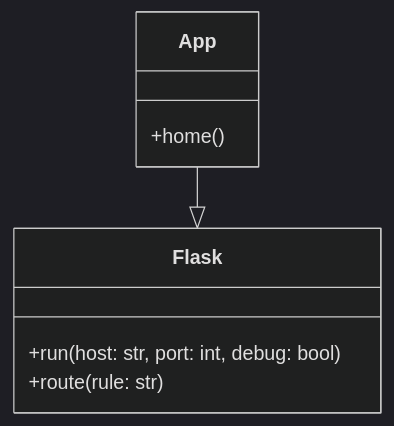
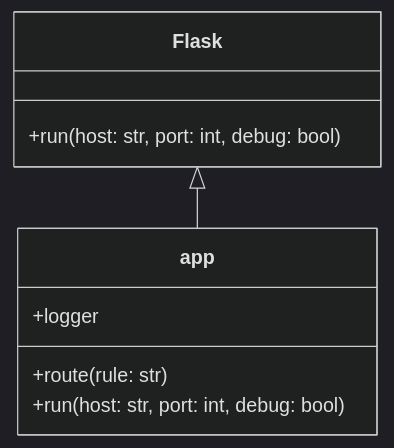
Before and after one commit to ashwanth01-pixel/flaskapp: the second of 3 diagrams in DESIGN.md, drawn with Mermaid (dark theme). The commit also changed other lines of this file and 2 other files, not shown here.

Commit message:
Automated: Add repo analysis, fixes, UML, and design diagram

````diff
--- a/DESIGN.md
+++ b/DESIGN.md
@@ -37,11 +42,12 @@
 ```mermaid
 classDiagram
     class Flask {
         +run(host: str, port: int, debug: bool)
+    }
+    class app {
         +route(rule: str)
+        +logger
+        +run(host: str, port: int, debug: bool)
     }
-    class App {
-        +home()
-    }
-    App --|> Flask
+    Flask <|-- app
 ```
````
